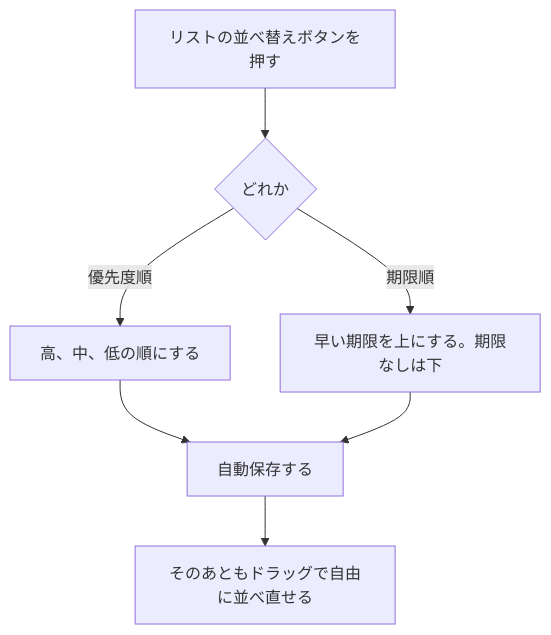
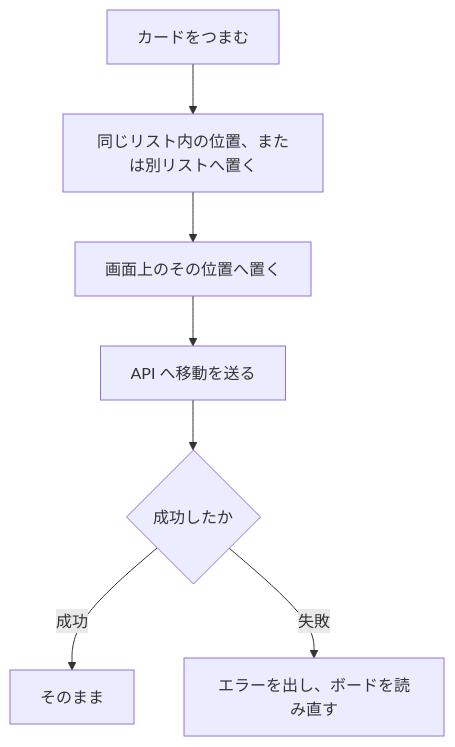
One commit to pfgnsb/kadai-kanri-board changed the fifth of 8 diagrams in ドキュメント/要件定義書.md. Above: the diagram before and after it, drawn with Mermaid. The commit also changed other lines of this file and 4 other files, not shown here.

````diff
--- a/ドキュメント/要件定義書.md
+++ b/ドキュメント/要件定義書.md
@@ -207,9 +188,9 @@
 ```mermaid
 flowchart TD
-  a[リストの並べ替えボタンを押す] --> b{どれか}
-  b -->|優先度順| c[高、中、低の順にする]
-  b -->|期限順| d[早い期限を上にする。期限なしは下]
-  c --> e[自動保存する]
-  d --> e
-  e --> f[そのあともドラッグで自由に並べ直せる]
+  a[カードをつまむ] --> b[同じリスト内の位置、または別リストへ置く]
+  b --> c[画面上のその位置へ置く]
+  c --> d[API へ移動を送る]
+  d --> e{成功したか}
+  e -->|成功| f[そのまま]
+  e -->|失敗| g[エラーを出し、ボードを読み直す]
 ```
````
